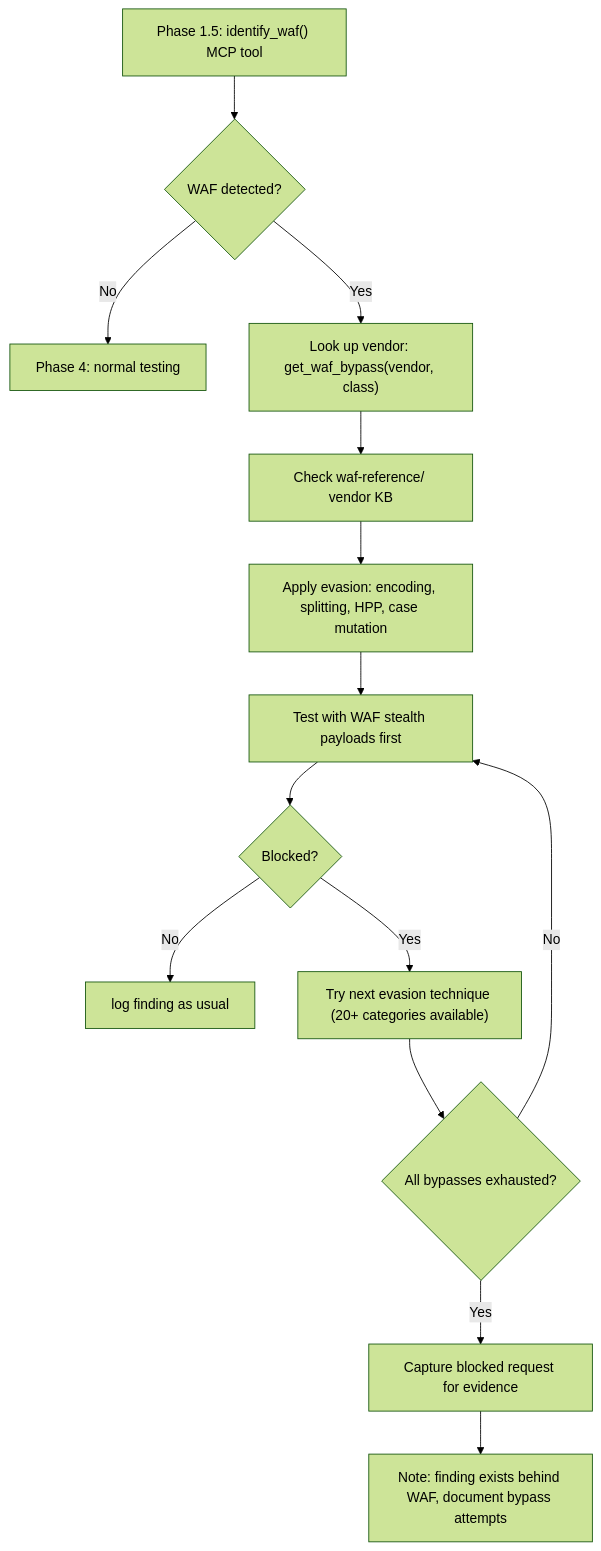
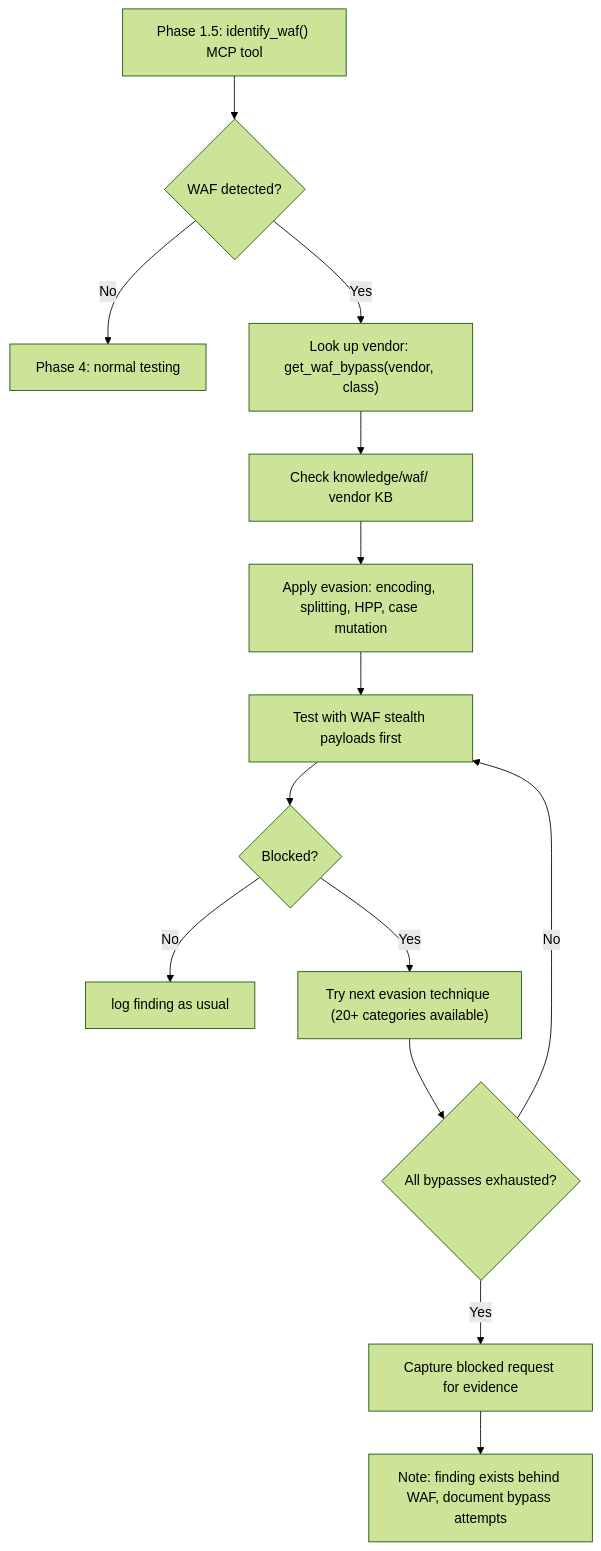
One commit to manojxshrestha/dristi changed the diagram in docs/testflow.md. Above: the diagram before and after it, drawn with Mermaid (forest theme). The commit also changed other lines of this file and 1116 other files, not shown here.

````diff
--- a/docs/testflow.md
+++ b/docs/testflow.md
@@ -127,16 +127,16 @@
 ```mermaid
 graph TD
     A["Phase 1.5: identify_waf() MCP tool"] --> B{WAF detected?}
     B -->|No| C["Phase 4: normal testing"]
     B -->|Yes| D["Look up vendor: get_waf_bypass(vendor, class)"]
-    D --> E["Check waf-reference/ vendor KB"]
+    D --> E["Check knowledge/waf/ vendor KB"]
     E --> F["Apply evasion: encoding, splitting, HPP, case mutation"]
     F --> G["Test with WAF stealth payloads first"]
     G --> H{Blocked?}
     H -->|No| I["log finding as usual"]
     H -->|Yes| J["Try next evasion technique (20+ categories available)"]
     J --> K{All bypasses exhausted?}
     K -->|No| G
     K -->|Yes| L["Capture blocked request for evidence"]
     L --> M["Note: finding exists behind WAF, document bypass attempts"]
 ```
````
